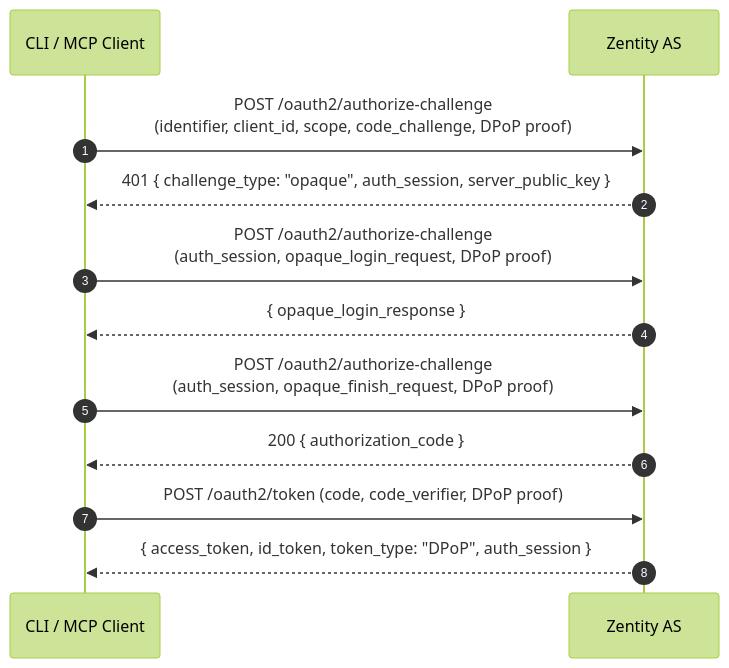
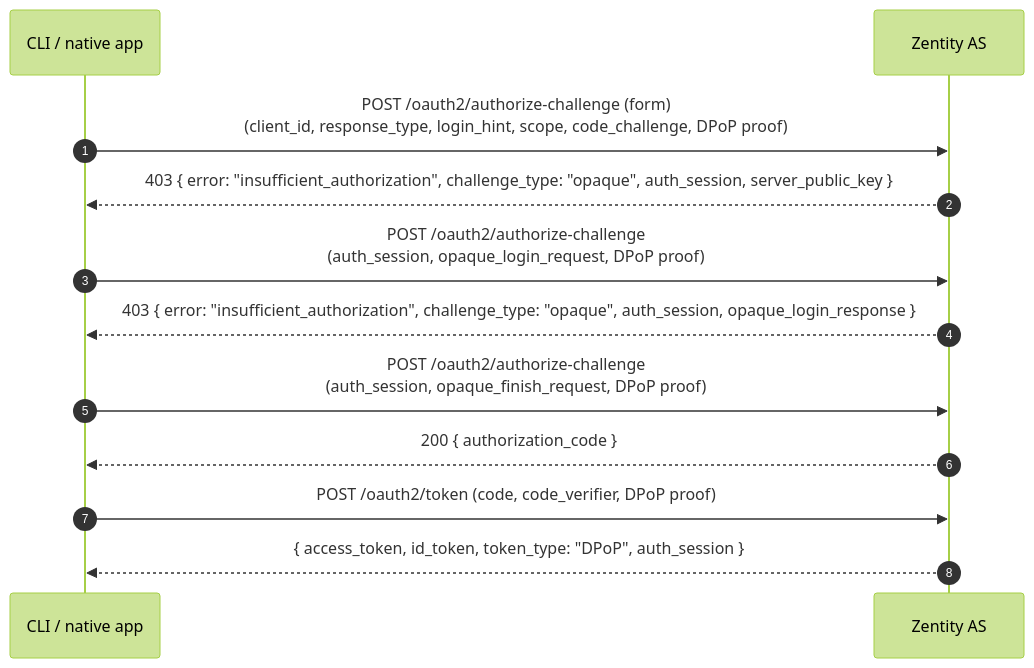
The second of 5 diagrams in docs/(protocols)/oauth-integrations.md (gustavovalverde/zentity), drawn with Mermaid (forest theme) before and after one commit. The commit also changed other lines of this file and 19 other files, not shown here.

````diff
--- a/docs/(protocols)/oauth-integrations.md
+++ b/docs/(protocols)/oauth-integrations.md
@@ -120,18 +127,18 @@
 ```mermaid
 sequenceDiagram
   autonumber
-  participant Client as CLI / MCP Client
+  participant Client as CLI / native app
   participant AS as Zentity AS
 
-  Client->>AS: POST /oauth2/authorize-challenge<br/>(identifier, client_id, scope, code_challenge, DPoP proof)
-  AS-->>Client: 401 { challenge_type: "opaque", auth_session, server_public_key }
+  Client->>AS: POST /oauth2/authorize-challenge (form)<br/>(client_id, response_type, login_hint, scope, code_challenge, DPoP proof)
+  AS-->>Client: 403 { error: "insufficient_authorization", challenge_type: "opaque", auth_session, server_public_key }
 
   Client->>AS: POST /oauth2/authorize-challenge<br/>(auth_session, opaque_login_request, DPoP proof)
-  AS-->>Client: { opaque_login_response }
+  AS-->>Client: 403 { error: "insufficient_authorization", challenge_type: "opaque", auth_session, opaque_login_response }
 
   Client->>AS: POST /oauth2/authorize-challenge<br/>(auth_session, opaque_finish_request, DPoP proof)
   AS-->>Client: 200 { authorization_code }
 
   Client->>AS: POST /oauth2/token (code, code_verifier, DPoP proof)
   AS-->>Client: { access_token, id_token, token_type: "DPoP", auth_session }
 ```
````
